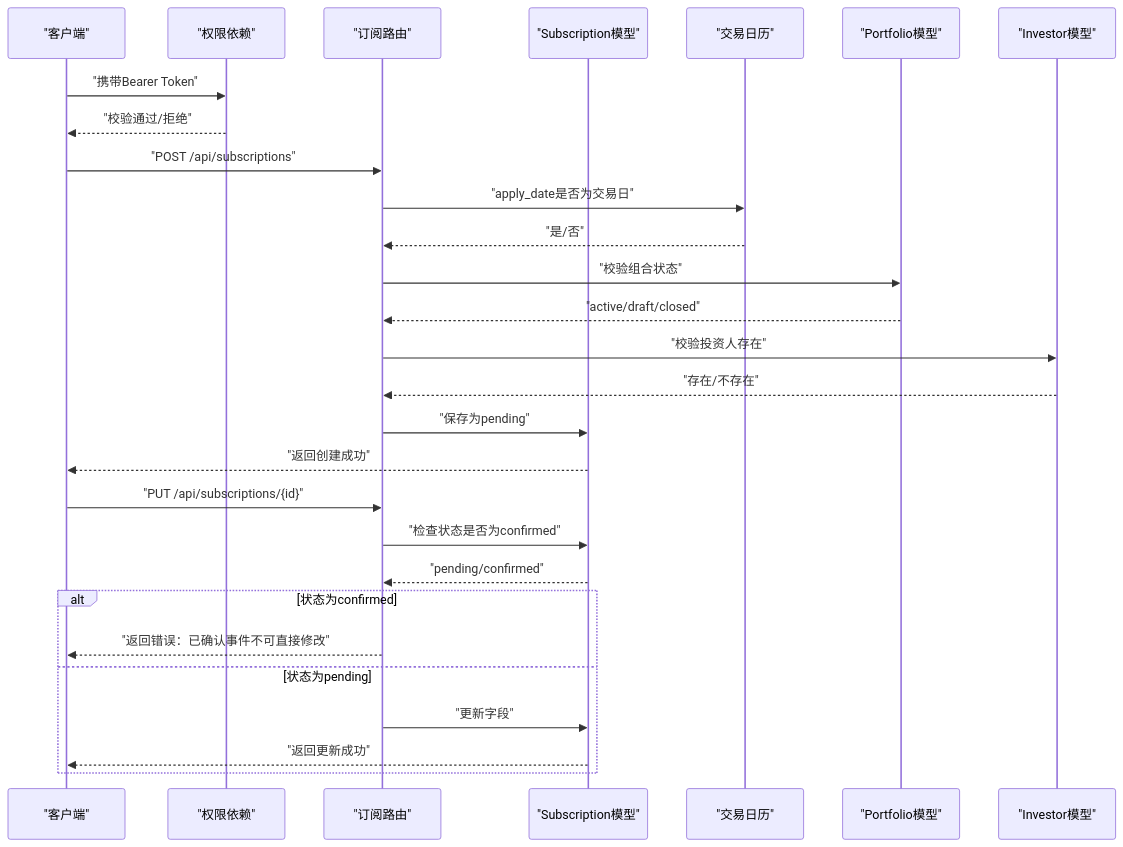
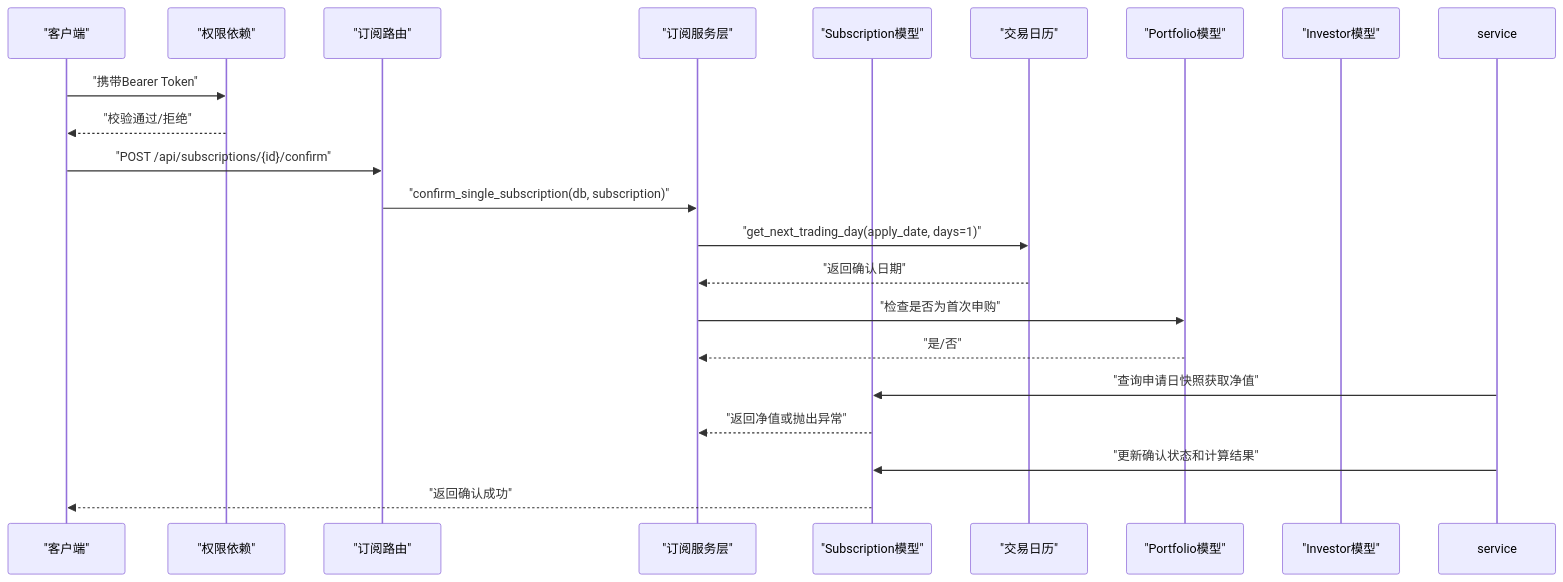
One commit to gujialind/InvestRing changed the third of 7 diagrams in .qoder/repowiki/zh/content/后端API文档/申购赎回API.md. Above: the diagram before and after it, drawn with Mermaid. The commit also changed other lines of this file and 39 other files, not shown here.

````diff
--- a/.qoder/repowiki/zh/content/后端API文档/申购赎回API.md
+++ b/.qoder/repowiki/zh/content/后端API文档/申购赎回API.md
@@ -107,30 +166,23 @@
 ```mermaid
 sequenceDiagram
 participant 客户端 as "客户端"
 participant 认证 as "权限依赖"
 participant 路由 as "订阅路由"
+participant 服务 as "订阅服务层"
 participant 模型 as "Subscription模型"
 participant 日历 as "交易日历"
 participant 组合 as "Portfolio模型"
 participant 投资者 as "Investor模型"
 客户端->>认证 : "携带Bearer Token"
 认证-->>客户端 : "校验通过/拒绝"
-客户端->>路由 : "POST /api/subscriptions"
-路由->>日历 : "apply_date是否为交易日"
-日历-->>路由 : "是/否"
-路由->>组合 : "校验组合状态"
-组合-->>路由 : "active/draft/closed"
-路由->>投资者 : "校验投资人存在"
-投资者-->>路由 : "存在/不存在"
-路由->>模型 : "保存为pending"
-模型-->>客户端 : "返回创建成功"
-客户端->>路由 : "PUT /api/subscriptions/{id}"
-路由->>模型 : "检查状态是否为confirmed"
-模型-->>路由 : "pending/confirmed"
-alt 状态为confirmed
-路由-->>客户端 : "返回错误：已确认事件不可直接修改"
-else 状态为pending
-路由->>模型 : "更新字段"
-模型-->>客户端 : "返回更新成功"
-end
+客户端->>路由 : "POST /api/subscriptions/{id}/confirm"
+路由->>服务 : "confirm_single_subscription(db, subscription)"
+服务->>日历 : "get_next_trading_day(apply_date, days=1)"
+日历-->>服务 : "返回确认日期"
+服务->>组合 : "检查是否为首次申购"
+组合-->>服务 : "是/否"
+service->>模型 : "查询申请日快照获取净值"
+模型-->>服务 : "返回净值或抛出异常"
+service->>模型 : "更新确认状态和计算结果"
+模型-->>客户端 : "返回确认成功"
 ```
````
